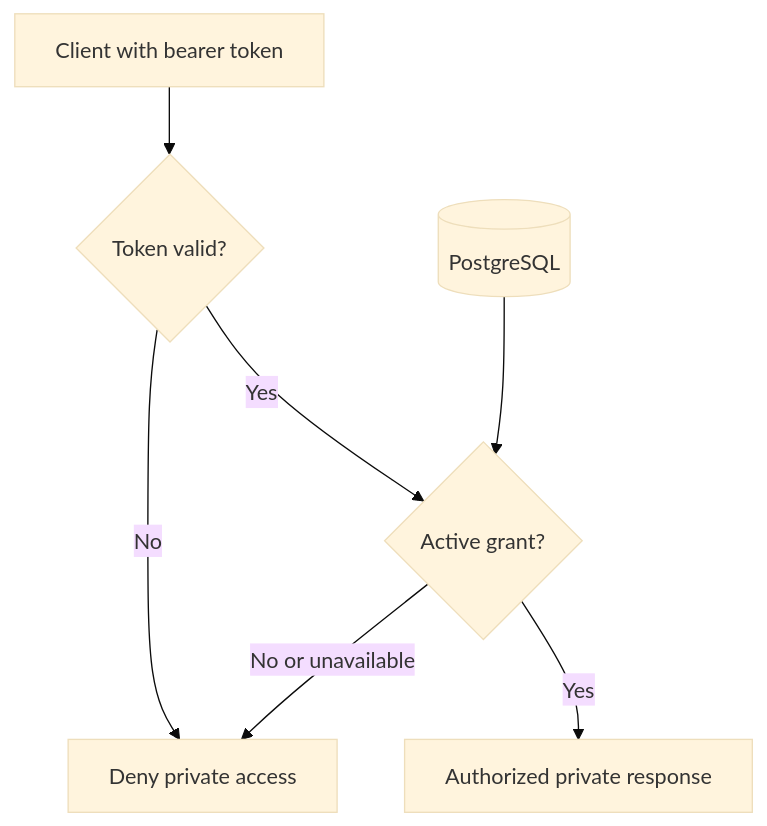
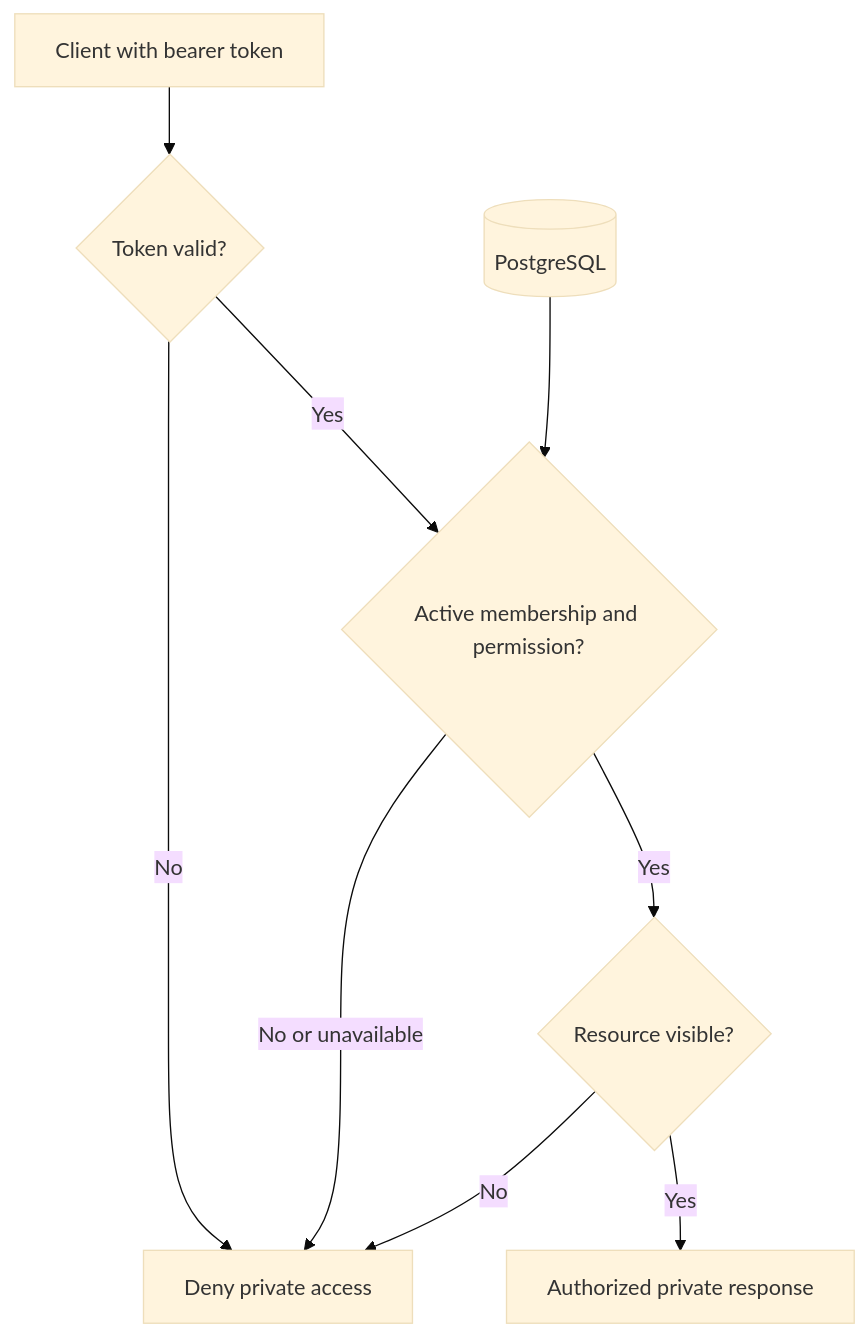
The first of 3 diagrams in docs/architecture/authentication-and-authorization.md (SeWieland/ShutterSpool), drawn with Mermaid (base theme) before and after one commit. The commit also changed other lines of this file and 85 other files, not shown here.

````diff
--- a/docs/architecture/authentication-and-authorization.md
+++ b/docs/architecture/authentication-and-authorization.md
@@ -14,9 +14,11 @@
 ```mermaid
 flowchart TD
     Client[Client with bearer token] --> Token{Token valid?}
     Token -->|No| Deny[Deny private access]
-    Token -->|Yes| Grant{Active grant?}
+    Token -->|Yes| Grant{Active membership and permission?}
     DB[(PostgreSQL)] --> Grant
     Grant -->|No or unavailable| Deny
-    Grant -->|Yes| Data[Authorized private response]
+    Grant -->|Yes| Scope{Resource visible?}
+    Scope -->|No| Deny
+    Scope -->|Yes| Data[Authorized private response]
 ```
````
